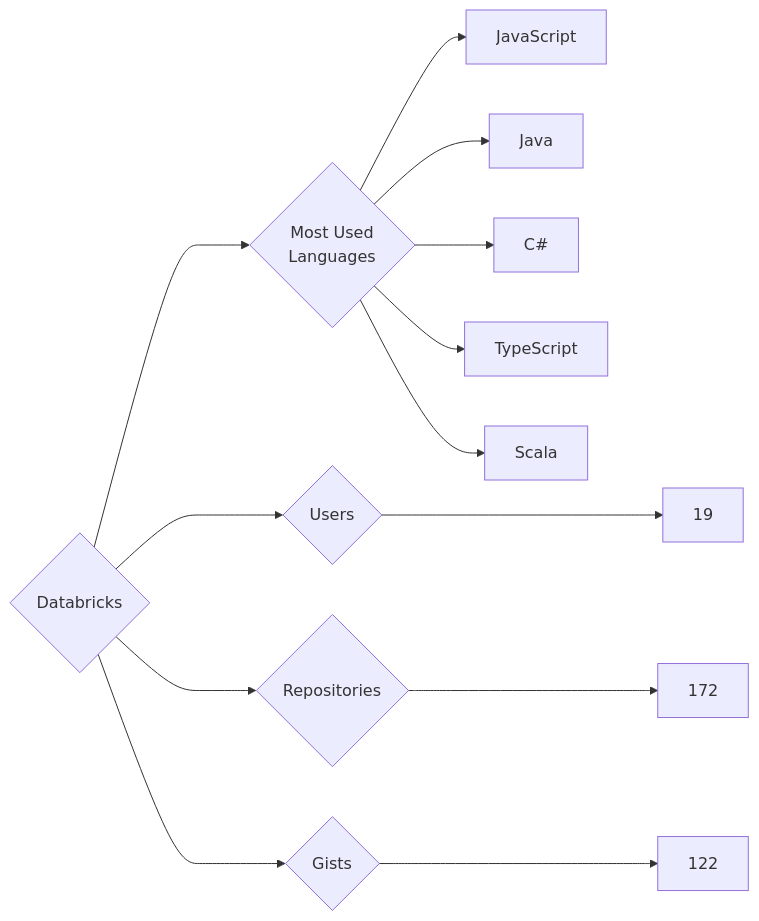
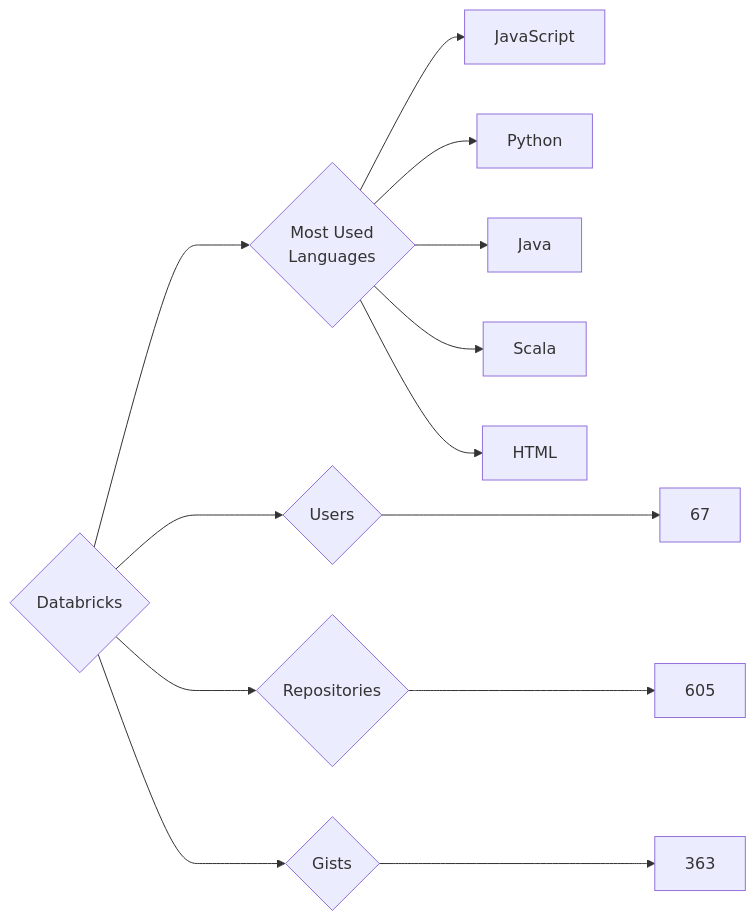
Before and after one commit to trickest/insiders: the diagram in targets/Databricks/README.md, drawn with Mermaid. The commit also changed 1011 other files, not shown here.

````diff
--- a/targets/Databricks/README.md
+++ b/targets/Databricks/README.md
@@ -3,13 +3,13 @@
 ```mermaid
 graph LR
 COMPANY_NAME{Databricks}
-COMPANY_NAME ---> U{Users} ---> UN[19]
-COMPANY_NAME ---> R{Repositories} ---> RN[172]
-COMPANY_NAME ---> G{Gists} ---> GN[122]
+COMPANY_NAME ---> U{Users} ---> UN[67]
+COMPANY_NAME ---> R{Repositories} ---> RN[605]
+COMPANY_NAME ---> G{Gists} ---> GN[363]
 COMPANY_NAME ---> ML{Most Used<br>Languages}
 ML --> JavaScript[JavaScript]
+ML --> Python[Python]
 ML --> Java[Java]
-ML --> C#[C#]
-ML --> TypeScript[TypeScript]
 ML --> Scala[Scala]
+ML --> HTML[HTML]
 ```
````
